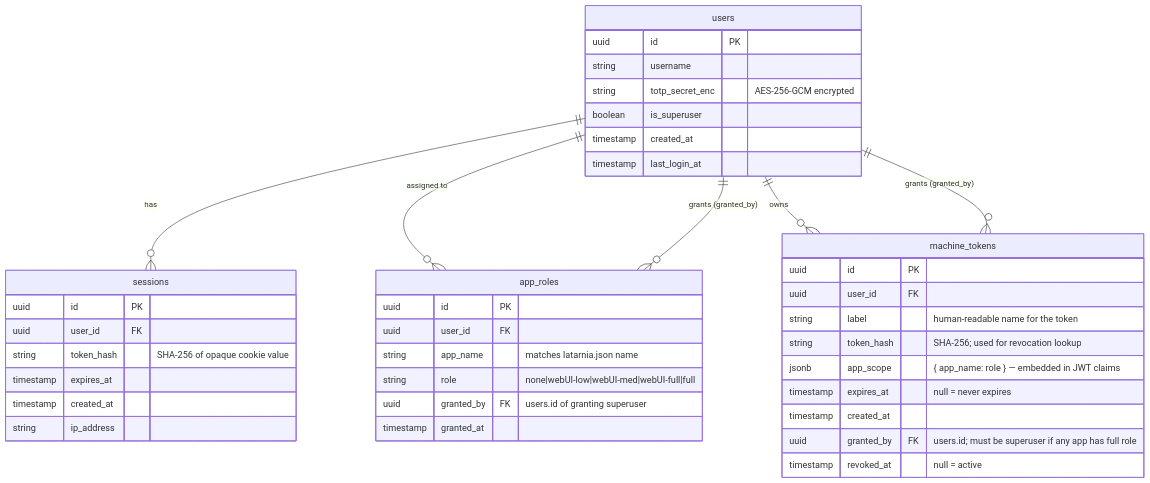
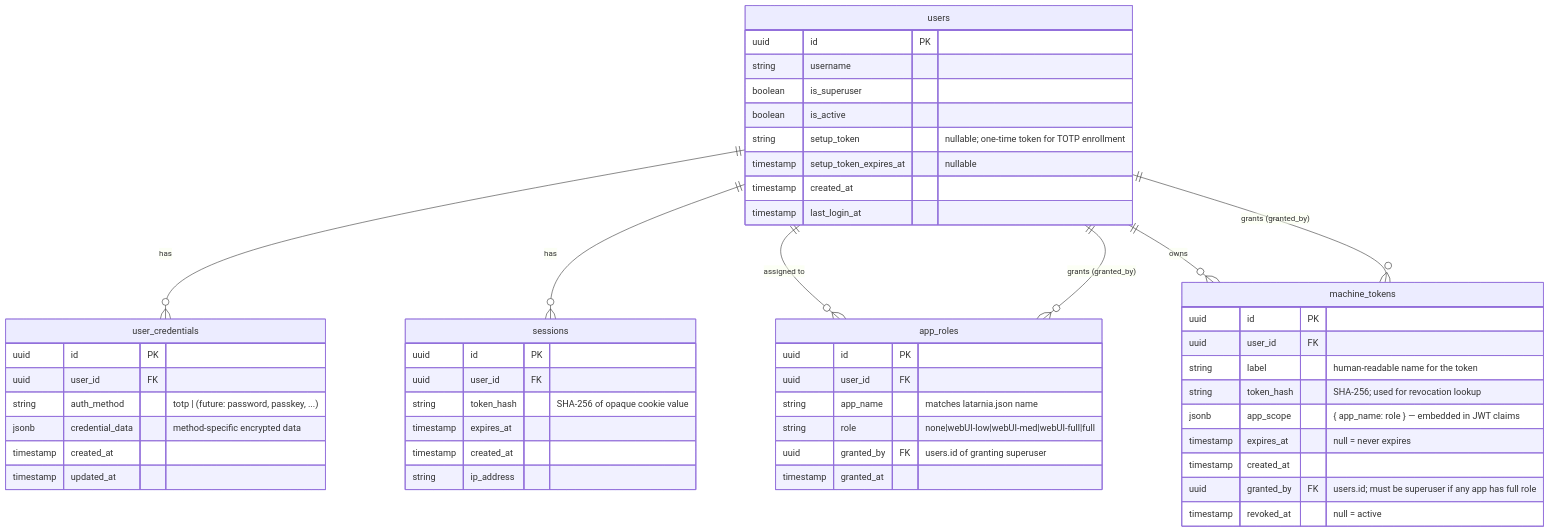
The diagram in docs/Projects/P-0008/data_model.md (felipe-stanham/Latarnia), drawn with Mermaid before and after one commit. The commit also changed other lines of this file and 5 other files, not shown here.

````diff
--- a/docs/Projects/P-0008/data_model.md
+++ b/docs/Projects/P-0008/data_model.md
@@ -8,47 +8,59 @@
 ```mermaid
 erDiagram
     users {
         uuid id PK
         string username
-        string totp_secret_enc "AES-256-GCM encrypted"
         boolean is_superuser
+        boolean is_active
+        string setup_token "nullable; one-time token for TOTP enrollment"
+        timestamp setup_token_expires_at "nullable"
         timestamp created_at
         timestamp last_login_at
+    }
+
+    user_credentials {
+        uuid id PK
+        uuid user_id FK
+        string auth_method "totp | (future: password, passkey, ...)"
+        jsonb credential_data "method-specific encrypted data"
+        timestamp created_at
+        timestamp updated_at
     }
 
     sessions {
         uuid id PK
         uuid user_id FK
         string token_hash "SHA-256 of opaque cookie value"
         timestamp expires_at
         timestamp created_at
         string ip_address
     }
 
     app_roles {
         uuid id PK
         uuid user_id FK
         string app_name "matches latarnia.json name"
         string role "none|webUI-low|webUI-med|webUI-full|full"
         uuid granted_by FK "users.id of granting superuser"
         timestamp granted_at
     }
 
     machine_tokens {
         uuid id PK
         uuid user_id FK
         string label "human-readable name for the token"
         string token_hash "SHA-256; used for revocation lookup"
         jsonb app_scope "{ app_name: role } — embedded in JWT claims"
         timestamp expires_at "null = never expires"
         timestamp created_at
         uuid granted_by FK "users.id; must be superuser if any app has full role"
         timestamp revoked_at "null = active"
     }
 
+    users ||--o{ user_credentials : "has"
     users ||--o{ sessions : "has"
     users ||--o{ app_roles : "assigned to"
     users ||--o{ machine_tokens : "owns"
     users ||--o{ app_roles : "grants (granted_by)"
     users ||--o{ machine_tokens : "grants (granted_by)"
 ```
````
